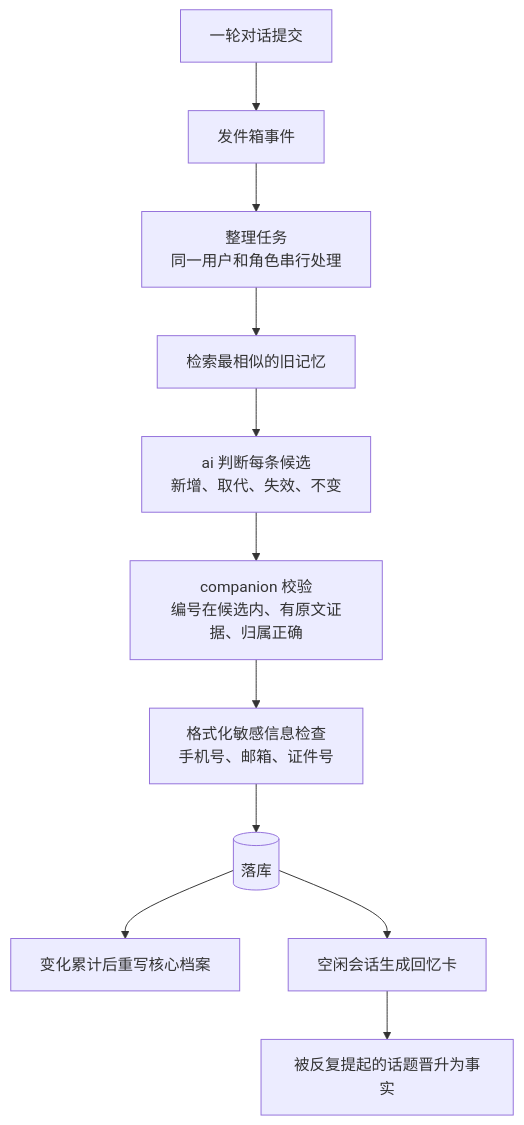
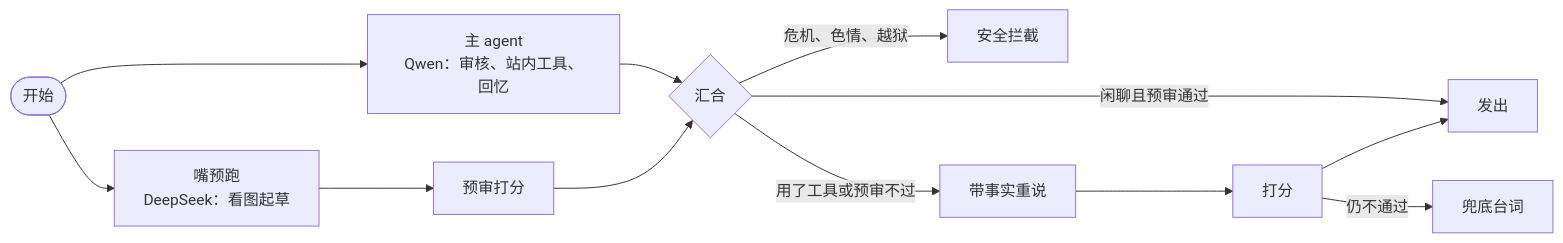
One commit to pluchon/meng_center changed the fifth of 5 diagrams in README.md. Above: the diagram before and after it, drawn with Mermaid. The commit also changed other lines of this file and 10 other files, not shown here.

````diff
--- a/README.md
+++ b/README.md
@@ -234,13 +187,12 @@
 ```mermaid
-flowchart TD
-    T[一轮对话提交] --> O[发件箱事件]
-    O --> W[整理任务<br/>同一用户和角色串行处理]
-    W --> S[检索最相似的旧记忆]
-    S --> D[ai 判断每条候选<br/>新增、取代、失效、不变]
-    D --> V[companion 校验<br/>编号在候选内、有原文证据、归属正确]
-    V --> P[格式化敏感信息检查<br/>手机号、邮箱、证件号]
-    P --> DB[(落库)]
-    DB --> PR[变化累计后重写核心档案]
-    DB --> EP[空闲会话生成回忆卡]
-    EP --> HOT[被反复提起的话题晋升为事实]
+flowchart LR
+    S([开始]) --> AG[主 agent<br/>Qwen：审核、站内工具、回忆]
+    S --> DR[嘴预跑<br/>DeepSeek：看图起草]
+    DR --> PJ[预审打分]
+    AG --> M{汇合}
+    PJ --> M
+    M -->|危机、色情、越狱| B[安全拦截]
+    M -->|闲聊且预审通过| E[发出]
+    M -->|用了工具或预审不过| R[带事实重说] --> J[打分] --> E
+    J -->|仍不通过| F[兜底台词]
 ```
````
